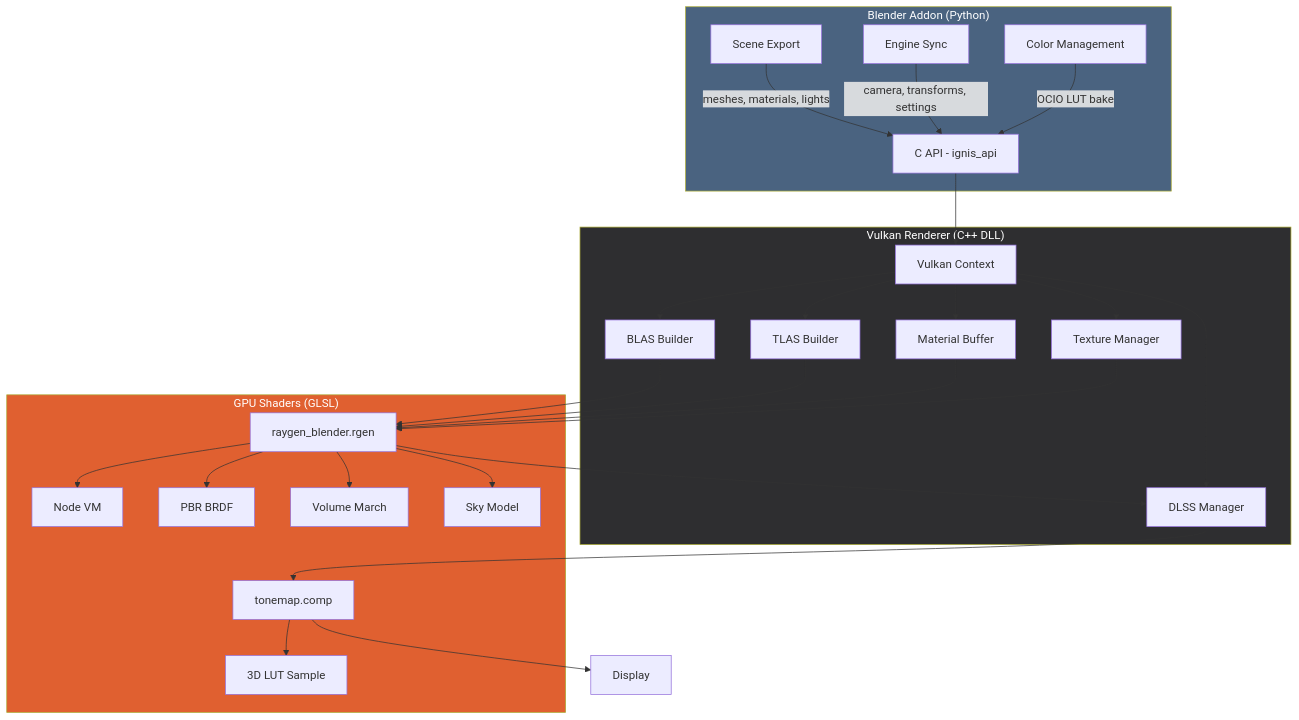
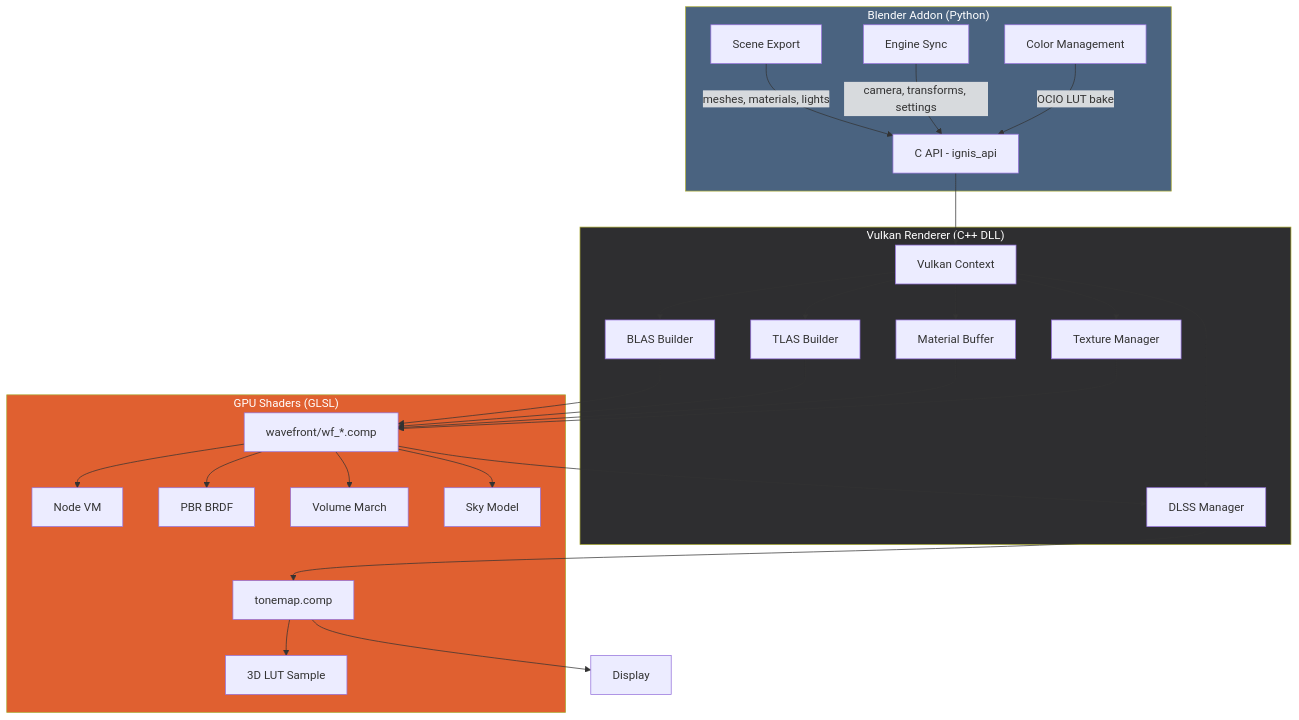
One commit to kalexis1994/ignis-rt changed the first of 3 diagrams in docs/architecture/overview.md. Above: the diagram before and after it, drawn with Mermaid. The commit also changed 26 other files, not shown here.

````diff
--- a/docs/architecture/overview.md
+++ b/docs/architecture/overview.md
@@ -5,37 +5,37 @@
 ```mermaid
 flowchart TB
     subgraph Blender["Blender Addon (Python)"]
         SE[Scene Export] --> |meshes, materials, lights| API[C API - ignis_api]
         ENG[Engine Sync] --> |camera, transforms, settings| API
         CM[Color Management] --> |OCIO LUT bake| API
     end
 
     subgraph DLL["Vulkan Renderer (C++ DLL)"]
         API --> VK[Vulkan Context]
         VK --> BLAS[BLAS Builder]
         VK --> TLAS[TLAS Builder]
         VK --> MAT[Material Buffer]
         VK --> TEX[Texture Manager]
         VK --> DLSS_M[DLSS Manager]
     end
 
     subgraph GPU["GPU Shaders (GLSL)"]
-        RT[raygen_blender.rgen] --> VM[Node VM]
+        RT[wavefront/wf_*.comp] --> VM[Node VM]
         RT --> BRDF[PBR BRDF]
         RT --> VOL[Volume March]
         RT --> SKY[Sky Model]
         TM[tonemap.comp] --> LUT[3D LUT Sample]
     end
 
     BLAS --> RT
     TLAS --> RT
     MAT --> RT
     TEX --> RT
     RT --> DLSS_M
     DLSS_M --> TM
     TM --> DISP[Display]
 
     style Blender fill:#4A6380,color:white
     style DLL fill:#2E2E30,color:white
     style GPU fill:#E06030,color:white
 ```
````
